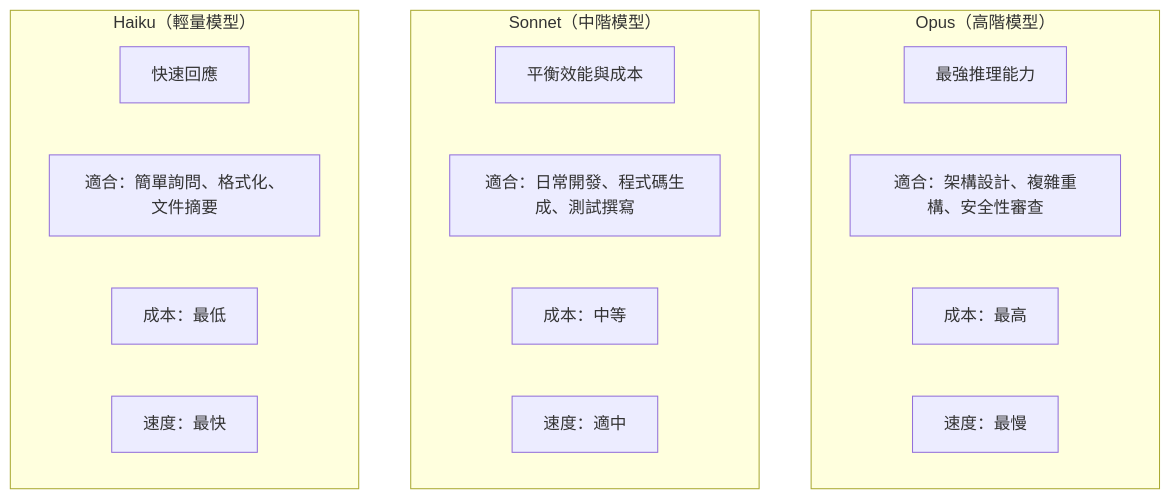
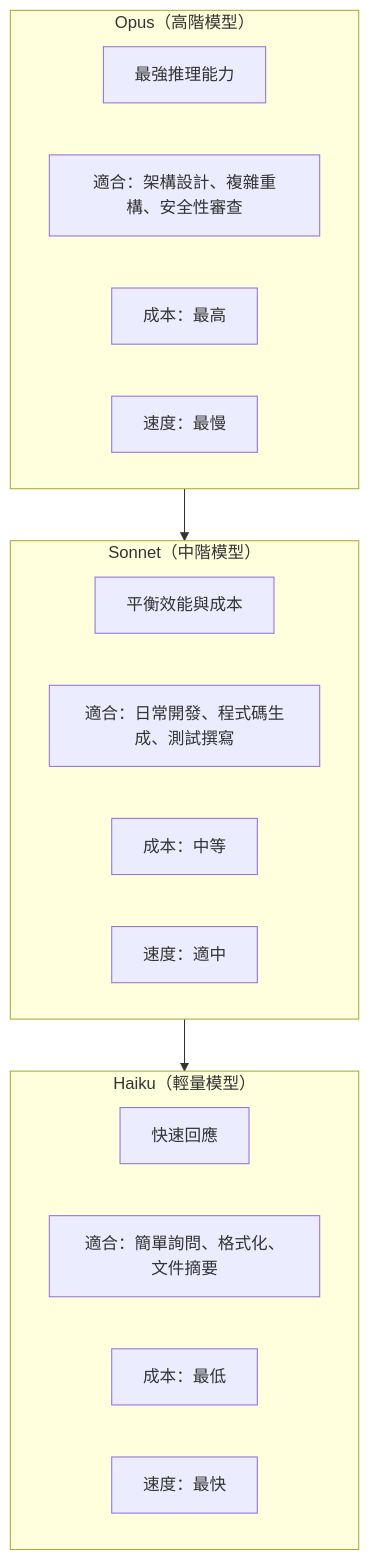
The first of 2 diagrams in curriculum/01-2-1-model-aliases-and-use-cases.md (JoyGames-TW/claude-code-tutorials), drawn with Mermaid before and after one commit. The commit also changed 1 other file, not shown here.

Commit message:
更新文件

````diff
--- a/curriculum/01-2-1-model-aliases-and-use-cases.md
+++ b/curriculum/01-2-1-model-aliases-and-use-cases.md
@@ -27,23 +27,25 @@
 ```mermaid
 flowchart TD
     subgraph 高階["Opus（高階模型）"]
         O1["最強推理能力"]
         O2["適合：架構設計、複雜重構、安全性審查"]
         O3["成本：最高"]
         O4["速度：最慢"]
     end
     
     subgraph 中階["Sonnet（中階模型）"]
         S1["平衡效能與成本"]
         S2["適合：日常開發、程式碼生成、測試撰寫"]
         S3["成本：中等"]
         S4["速度：適中"]
     end
     
     subgraph 輕量["Haiku（輕量模型）"]
         H1["快速回應"]
         H2["適合：簡單詢問、格式化、文件摘要"]
         H3["成本：最低"]
         H4["速度：最快"]
     end
+
+    高階 --> 中階 --> 輕量
 ```
````
